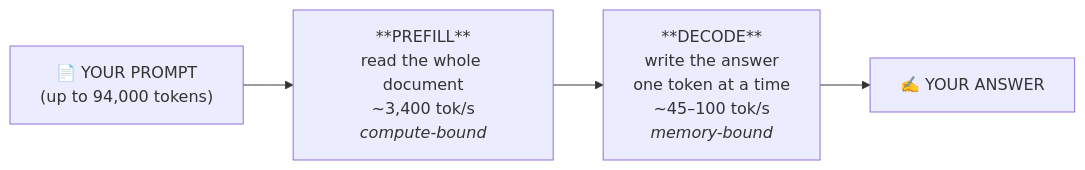
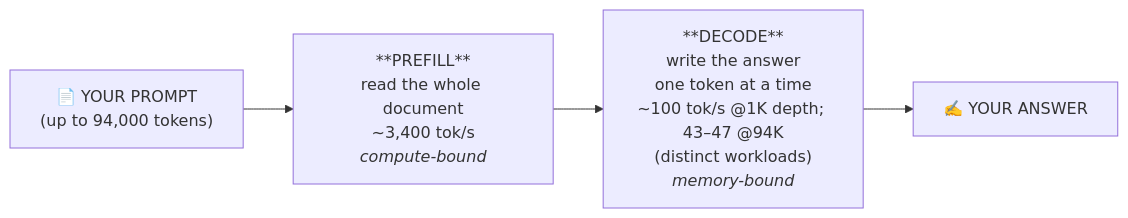
The diagram in where-we-are.md (xyzzing/rdna3-inference-ledger), drawn with Mermaid before and after one commit. The commit also changed other lines of this file and 4 other files, not shown here.

````diff
--- a/where-we-are.md
+++ b/where-we-are.md
@@ -13,6 +13,6 @@
 ```mermaid
 flowchart LR
     A["📄 YOUR PROMPT<br/>(up to 94,000 tokens)"] --> B["**PREFILL**<br/>read the whole document<br/>~3,400 tok/s<br/><i>compute-bound</i>"]
-    B --> C["**DECODE**<br/>write the answer<br/>one token at a time<br/>~45–100 tok/s<br/><i>memory-bound</i>"]
+    B --> C["**DECODE**<br/>write the answer<br/>one token at a time<br/>~100 tok/s @1K depth; 43–47 @94K<br/>(distinct workloads)<br/><i>memory-bound</i>"]
     C --> D["✍️ YOUR ANSWER"]
 ```
````
